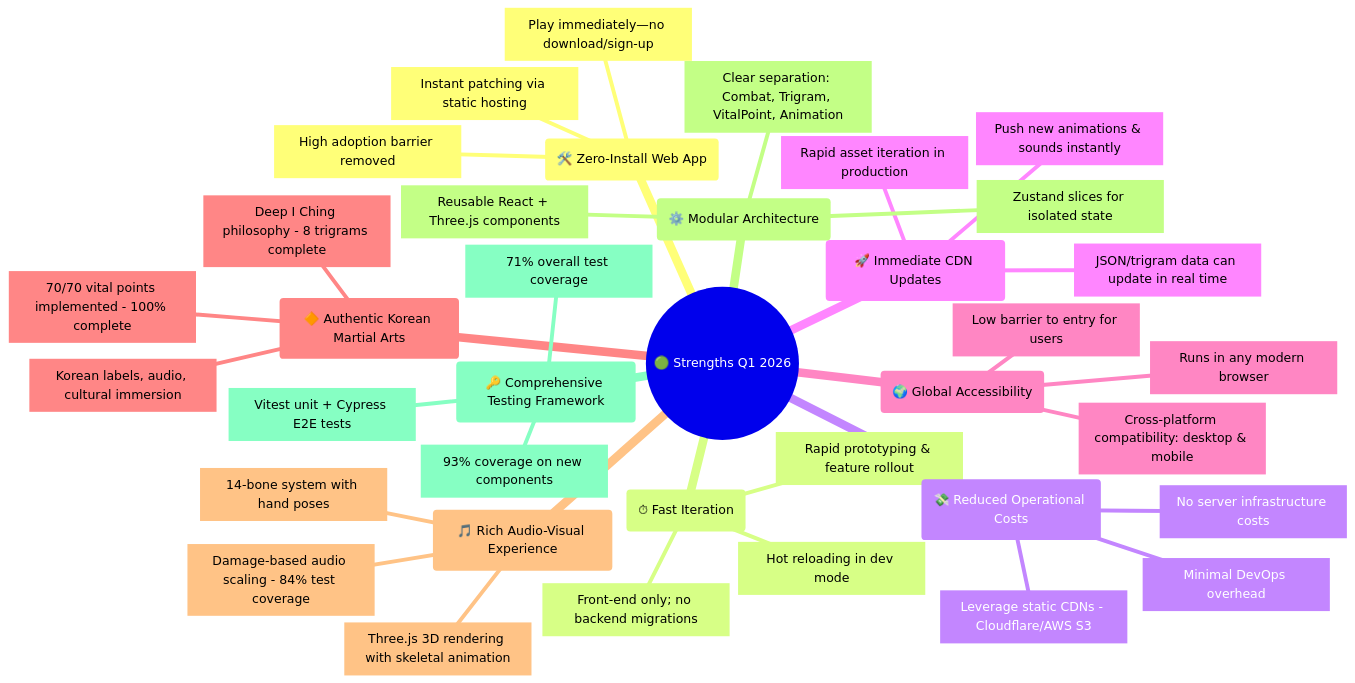
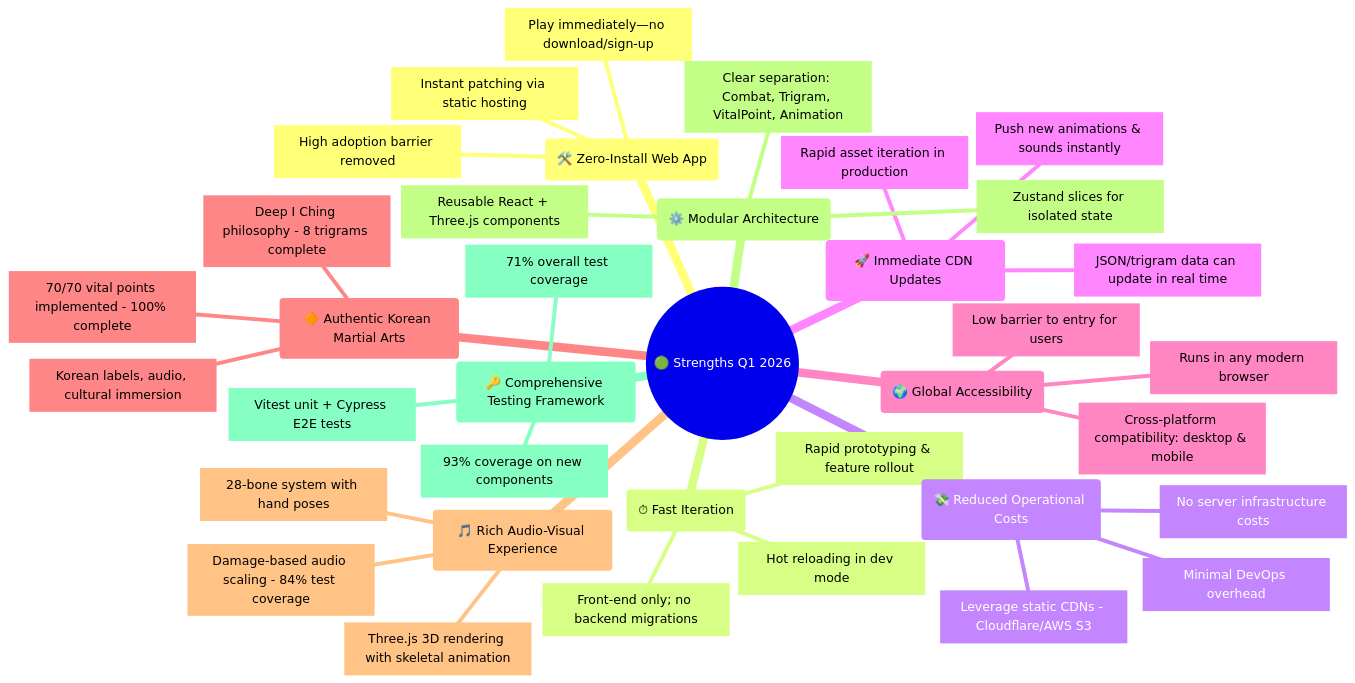
Before and after one commit to Hack23/blacktrigram: the eighth of 21 diagrams in ARCHITECTURE.md, drawn with Mermaid. The commit also changed other lines of this file, not shown here.

Commit message:
docs: Correct skeletal system from 14-bone to 28-bone throughout ARCHITECTURE.md

````diff
--- a/ARCHITECTURE.md
+++ b/ARCHITECTURE.md
@@ -1317,40 +1326,40 @@
 ```mermaid
 mindmap
   root((🟢 Strengths Q1 2026))
     id1(🛠️ Zero-Install Web App)
       id1.1[Play immediately—no download/sign-up]
       id1.2[Instant patching via static hosting]
       id1.3[High adoption barrier removed]
     id2(⏱ Fast Iteration)
       id2.1[Front-end only; no backend migrations]
       id2.2[Rapid prototyping & feature rollout]
       id2.3[Hot reloading in dev mode]
     id3(💸 Reduced Operational Costs)
       id3.1[No server infrastructure costs]
       id3.2[Leverage static CDNs - Cloudflare/AWS S3]
       id3.3[Minimal DevOps overhead]
     id4(🚀 Immediate CDN Updates)
       id4.1[Push new animations & sounds instantly]
       id4.2[JSON/trigram data can update in real time]
       id4.3[Rapid asset iteration in production]
     id5(🌍 Global Accessibility)
       id5.1[Runs in any modern browser]
       id5.2[Cross-platform compatibility: desktop & mobile]
       id5.3[Low barrier to entry for users]
     id6(🔶 Authentic Korean Martial Arts)
       id6.1[Deep I Ching philosophy - 8 trigrams complete]
       id6.2[70/70 vital points implemented - 100% complete]
       id6.3[Korean labels, audio, cultural immersion]
     id7(🎵 Rich Audio-Visual Experience)
       id7.1[Three.js 3D rendering with skeletal animation]
-      id7.2[14-bone system with hand poses]
+      id7.2[28-bone system with hand poses]
       id7.3[Damage-based audio scaling - 84% test coverage]
     id8(⚙️ Modular Architecture)
       id8.1[Clear separation: Combat, Trigram, VitalPoint, Animation]
       id8.2[Reusable React + Three.js components]
       id8.3[Zustand slices for isolated state]
     id9(🔑 Comprehensive Testing Framework)
       id9.1[71% overall test coverage]
       id9.2[93% coverage on new components]
       id9.3[Vitest unit + Cypress E2E tests]
 ```
````
